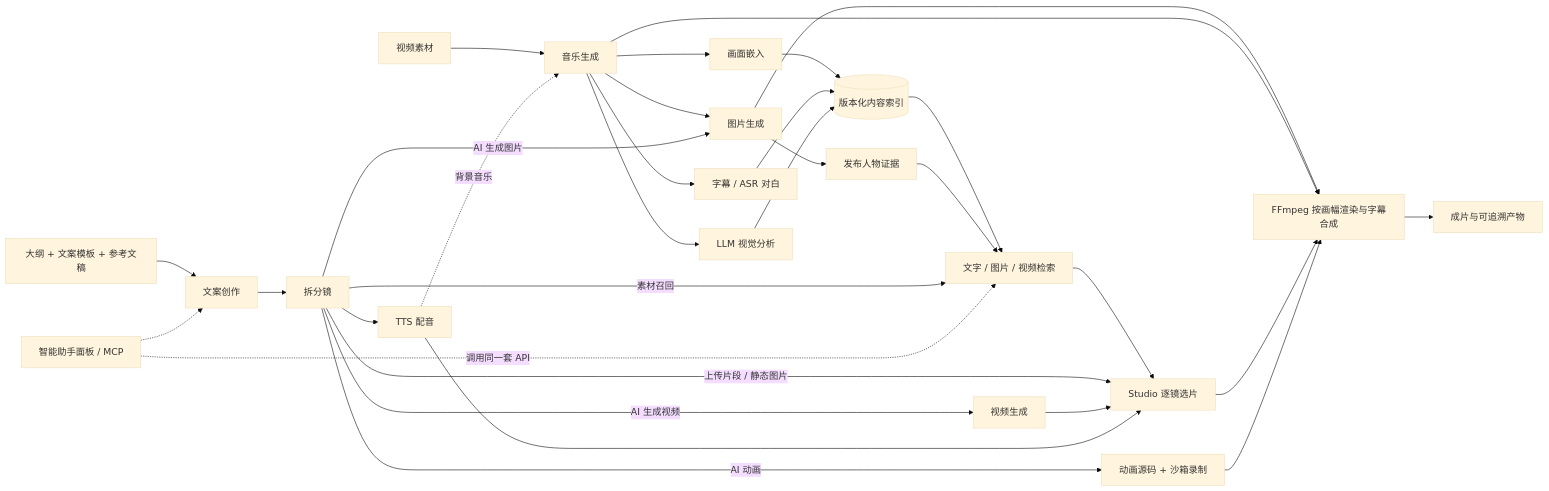
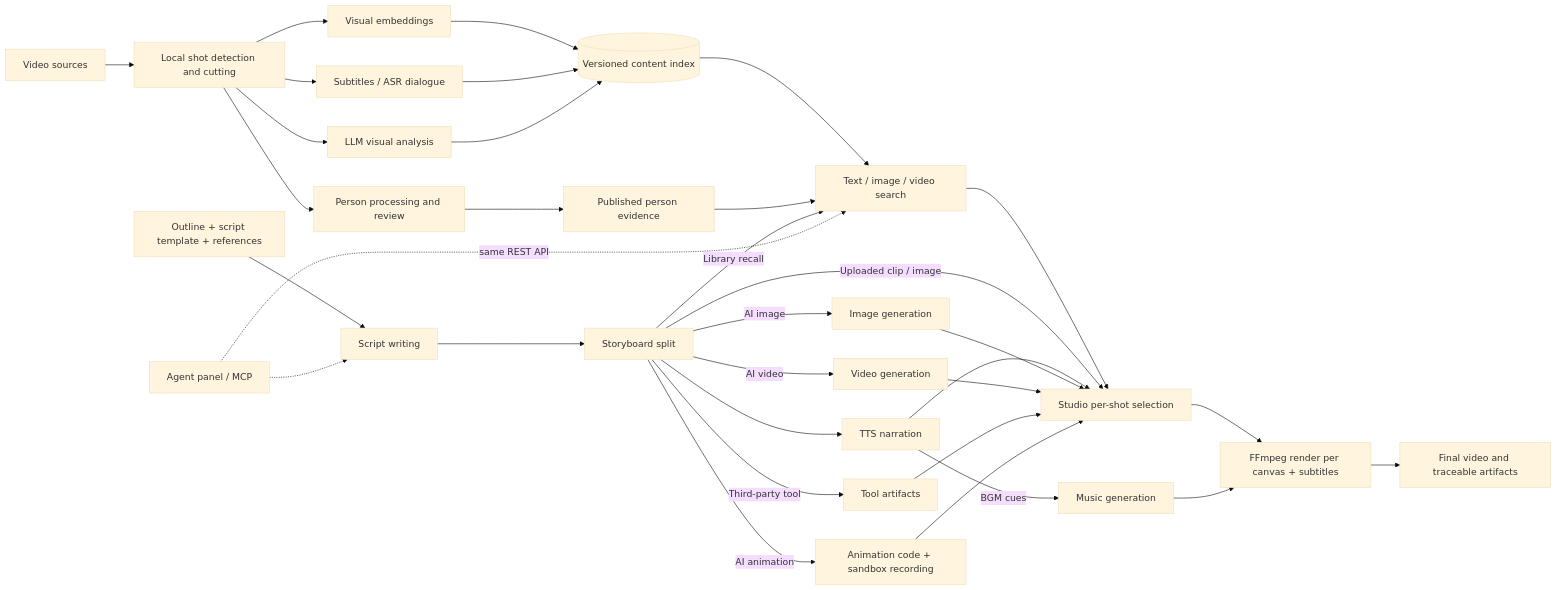
Before and after one commit to xfork24/mindex: the diagram in README.md, drawn with Mermaid (base theme). The commit also changed other lines of this file and 59 other files, not shown here.

First line of the commit message:
docs: 重建双语 README 并以新截图替换功能图集

````diff
--- a/README.md
+++ b/README.md
@@ -270,33 +320,35 @@
 ```mermaid
 flowchart LR
-    A[视频素材] --> B[本地分镜与切片]
-    B --> C[画面嵌入]
-    B --> D[字幕 / ASR 对白]
-    B --> E[LLM 视觉分析]
-    C --> F[(版本化内容索引)]
+    A[Video sources] --> B[Local shot detection and cutting]
+    B --> C[Visual embeddings]
+    B --> D[Subtitles / ASR dialogue]
+    B --> E[LLM visual analysis]
+    C --> F[(Versioned content index)]
     D --> F
     E --> F
-    B --> P[人物处理与人工审核]
-    P --> Q[发布人物证据]
-    F --> G[文字 / 图片 / 视频检索]
+    B --> P[Person processing and review]
+    P --> Q[Published person evidence]
+    F --> G[Text / image / video search]
     Q --> G
-    G --> H[Studio 逐镜选片]
-    T[大纲 + 文案模板 + 参考文稿] --> I[文案创作]
-    I --> J[拆分镜]
-    J -->|素材召回| G
-    J -->|上传片段 / 静态图片| H
-    J -->|AI 生成图片| P[图片生成]
-    P --> L
-    J -->|AI 生成视频| V[视频生成]
-    J -->|AI 动画| N[动画源码 + 沙箱录制]
-    V --> H
-    J --> K[TTS 配音]
+    G --> H[Studio per-shot selection]
+    T[Outline + script template + references] --> I[Script writing]
+    I --> J[Storyboard split]
+    J -->|Library recall| G
+    J -->|Uploaded clip / image| H
+    J -->|AI image| IG[Image generation]
+    J -->|AI video| VG[Video generation]
+    J -->|AI animation| AN[Animation code + sandbox recording]
+    J -->|Third-party tool| TL[Tool artifacts]
+    J --> K[TTS narration]
+    K -->|BGM cues| MG[Music generation]
     K --> H
-    K -.背景音乐.-> B[音乐生成]
-    B --> L
-    H --> L[FFmpeg 按画幅渲染与字幕合成]
-    N --> L
-    L --> M[成片与可追溯产物]
-    X[智能助手面板 / MCP] -.调用同一套 API.-> G
+    IG --> H
+    VG --> H
+    TL --> H
+    AN --> H
+    H --> L[FFmpeg render per canvas + subtitles]
+    MG --> L
+    L --> M[Final video and traceable artifacts]
+    X[Agent panel / MCP] -.->|same REST API| G
     X -.-> I
 ```
````
